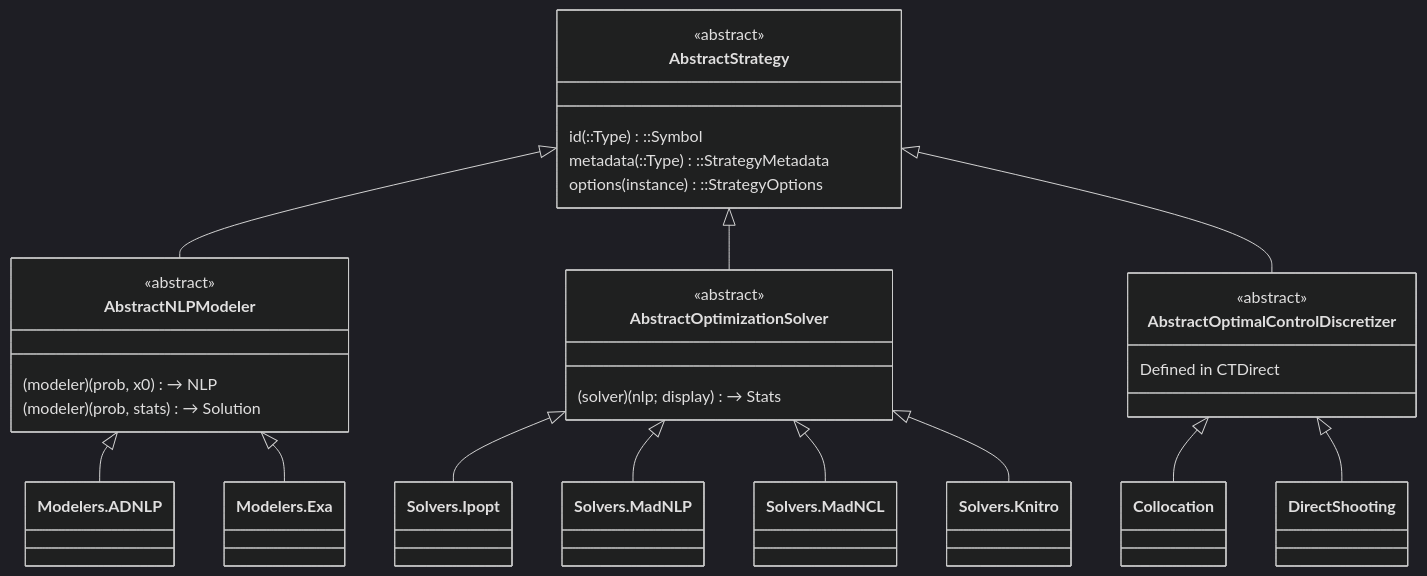
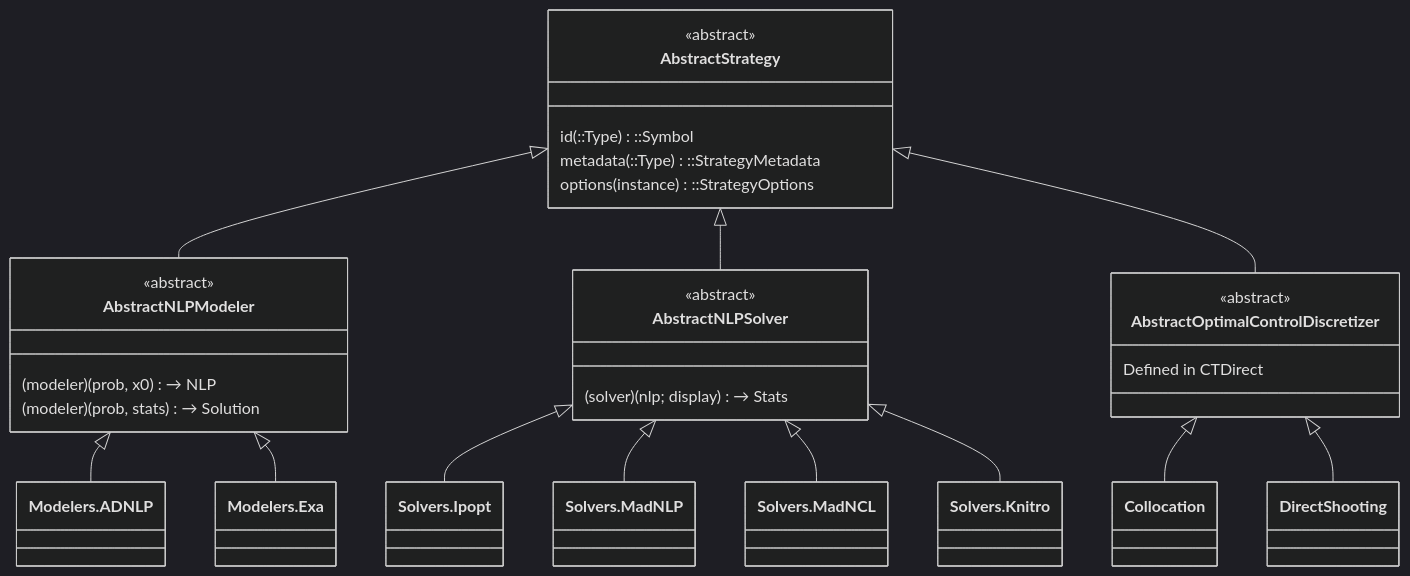
The first of 6 diagrams in docs/src/architecture.md (control-toolbox/CTSolvers.jl), drawn with Mermaid (dark theme) before and after one commit. The commit also changed other lines of this file and 22 other files, not shown here.

Commit message:
Rename AbstractOptimizationSolver to AbstractNLPSolver

````diff
--- a/docs/src/architecture.md
+++ b/docs/src/architecture.md
@@ -44,38 +44,38 @@
 ```mermaid
 classDiagram
     direction TB
     class AbstractStrategy {
         <<abstract>>
         id(::Type)::Symbol
         metadata(::Type)::StrategyMetadata
         options(instance)::StrategyOptions
     }
 
     AbstractStrategy <|-- AbstractNLPModeler
-    AbstractStrategy <|-- AbstractOptimizationSolver
+    AbstractStrategy <|-- AbstractNLPSolver
     AbstractStrategy <|-- AbstractOptimalControlDiscretizer
 
     class AbstractNLPModeler {
         <<abstract>>
         (modeler)(prob, x0) → NLP
         (modeler)(prob, stats) → Solution
     }
     AbstractNLPModeler <|-- Modelers.ADNLP
     AbstractNLPModeler <|-- Modelers.Exa
 
-    class AbstractOptimizationSolver {
+    class AbstractNLPSolver {
         <<abstract>>
         (solver)(nlp; display) → Stats
     }
-    AbstractOptimizationSolver <|-- Solvers.Ipopt
-    AbstractOptimizationSolver <|-- Solvers.MadNLP
-    AbstractOptimizationSolver <|-- Solvers.MadNCL
-    AbstractOptimizationSolver <|-- Solvers.Knitro
+    AbstractNLPSolver <|-- Solvers.Ipopt
+    AbstractNLPSolver <|-- Solvers.MadNLP
+    AbstractNLPSolver <|-- Solvers.MadNCL
+    AbstractNLPSolver <|-- Solvers.Knitro
 
     class AbstractOptimalControlDiscretizer {
         <<abstract>>
         Defined in CTDirect
     }
     AbstractOptimalControlDiscretizer <|-- Collocation
     AbstractOptimalControlDiscretizer <|-- DirectShooting
 ```
````
